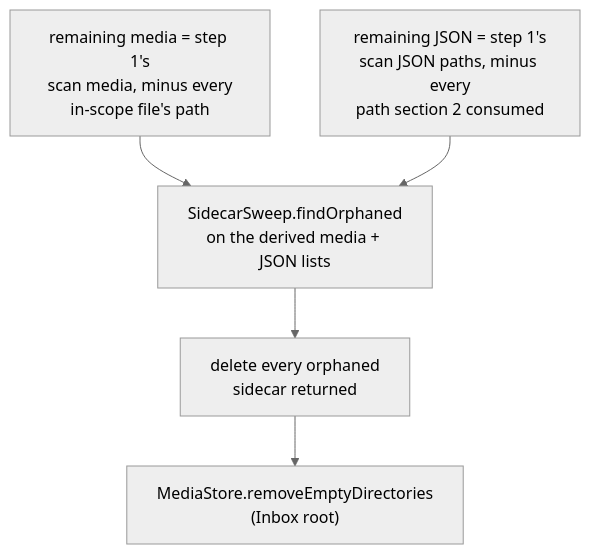
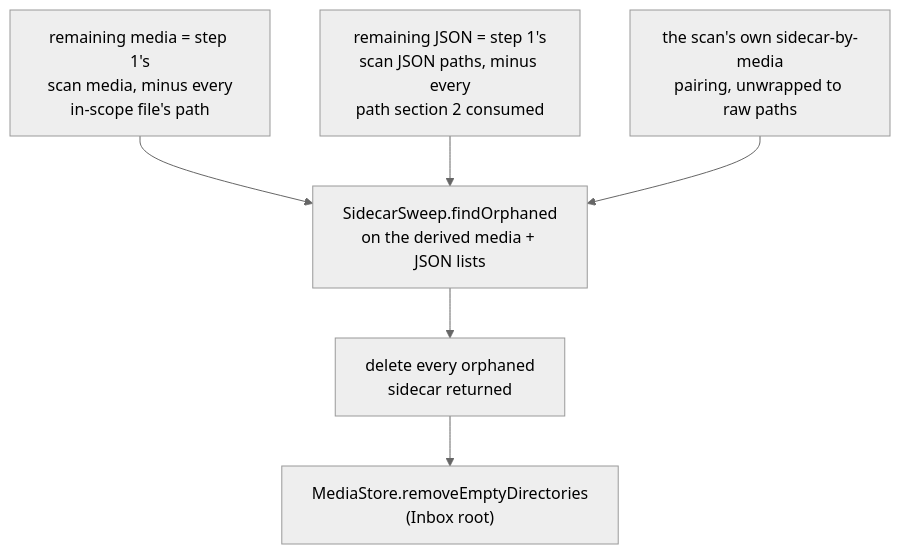
The fifth of 7 diagrams in app/docs/design/application/service/sort-engine.md (AdrianNachev91/sluice), drawn with Mermaid (neutral theme) before and after one commit. The commit also changed other lines of this file and 13 other files, not shown here.

First line of the commit message:
fix(java-port): Phase 13-prep2 chunk 2 - sidecar sweep rebuilt (#2, #7, #9, #10)

````diff
--- a/app/docs/design/application/service/sort-engine.md
+++ b/app/docs/design/application/service/sort-engine.md
@@ -88,7 +93,8 @@
 ```mermaid
 flowchart TD
-    A["remaining media = step 1's<br/>scan media, minus every<br/>in-scope file's path"] --> C["SidecarSweep.findOrphaned<br/>on the derived media + JSON lists"]
-    B["remaining JSON = step 1's<br/>scan JSON paths, minus every<br/>path section 2 consumed"] --> C
-    C --> D["delete every orphaned<br/>sidecar returned"]
-    D --> E["MediaStore.removeEmptyDirectories<br/>(Inbox root)"]
+    A["remaining media = step 1's<br/>scan media, minus every<br/>in-scope file's path"] --> D["SidecarSweep.findOrphaned<br/>on the derived media + JSON lists"]
+    B["remaining JSON = step 1's<br/>scan JSON paths, minus every<br/>path section 2 consumed"] --> D
+    C["the scan's own sidecar-by-media<br/>pairing, unwrapped to raw paths"] --> D
+    D --> E["delete every orphaned<br/>sidecar returned"]
+    E --> F["MediaStore.removeEmptyDirectories<br/>(Inbox root)"]
 ```
````
